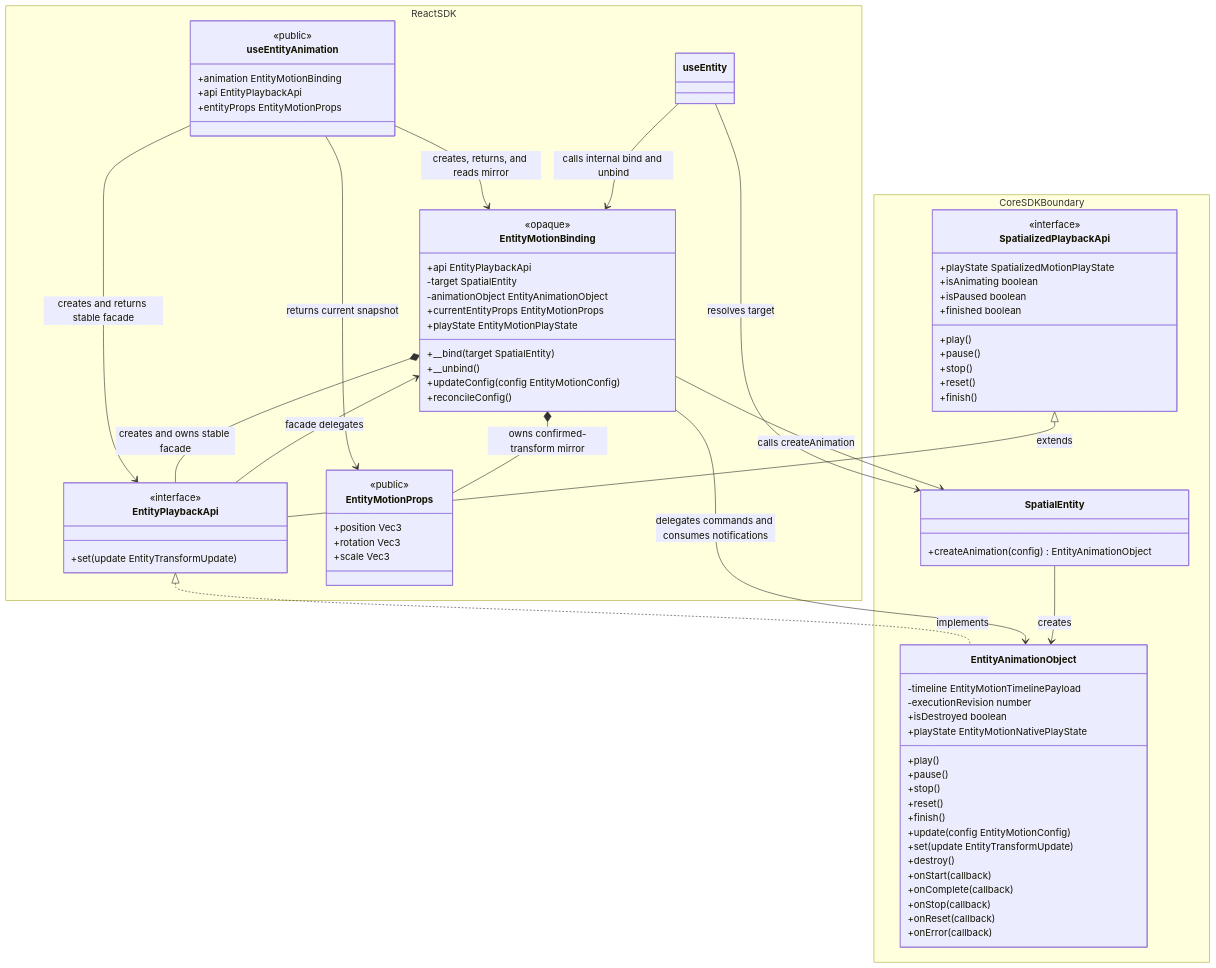
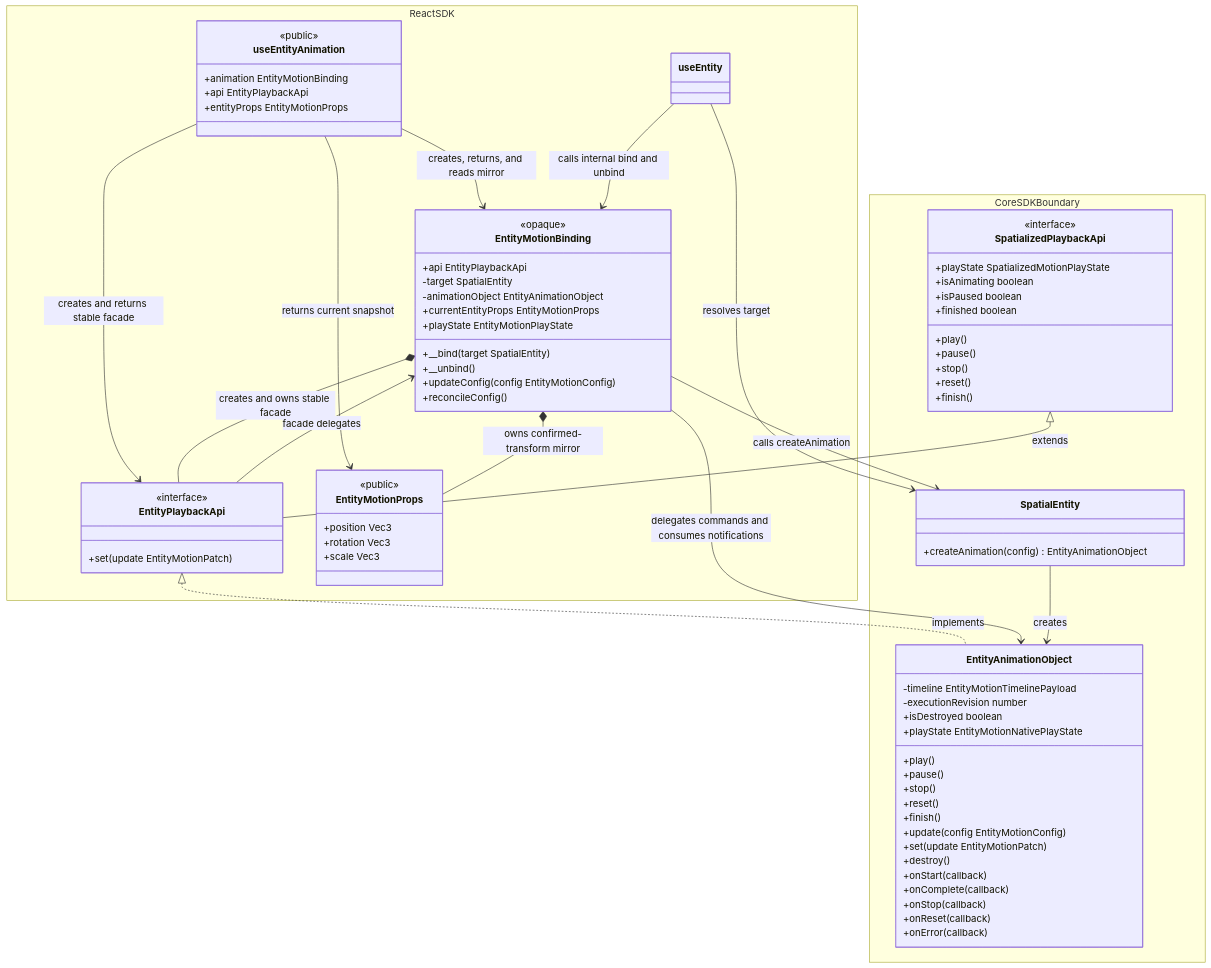
One commit to webspatial/webspatial-sdk changed the fifth of 14 diagrams in openspec/changes/redesign-entity-motion-api/design.md. Above: the diagram before and after it, drawn with Mermaid. The commit also changed other lines of this file and 7 other files, not shown here.

Commit message:
docs(openspec): align entity motion patch contract

```diff
--- a/openspec/changes/redesign-entity-motion-api/design.md
+++ b/openspec/changes/redesign-entity-motion-api/design.md
@@ -489,7 +489,7 @@
         class EntityPlaybackApi {
             <<interface>>
             <<public>>
-            +set(update EntityTransformUpdate)
+            +set(update EntityMotionPatch)
         }
         class EntityMotionBinding {
             <<opaque>>
@@ -538,7 +538,7 @@
             +reset()
             +finish()
             +update(config EntityMotionConfig)
-            +set(update EntityTransformUpdate)
+            +set(update EntityMotionPatch)
             +destroy()
             +onStart(callback)
             +onComplete(callback)
```
